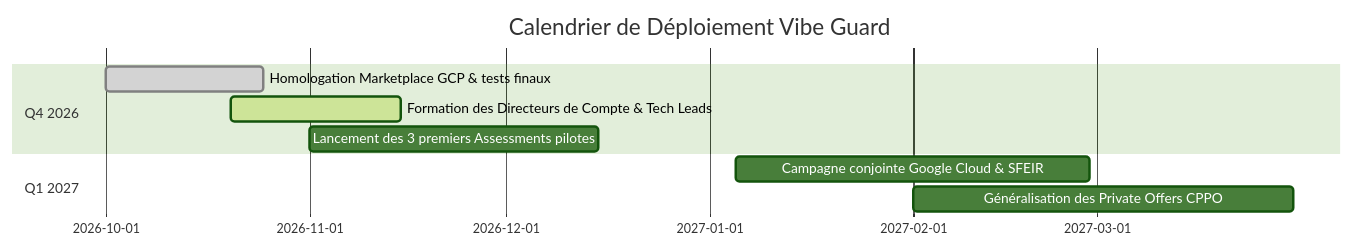
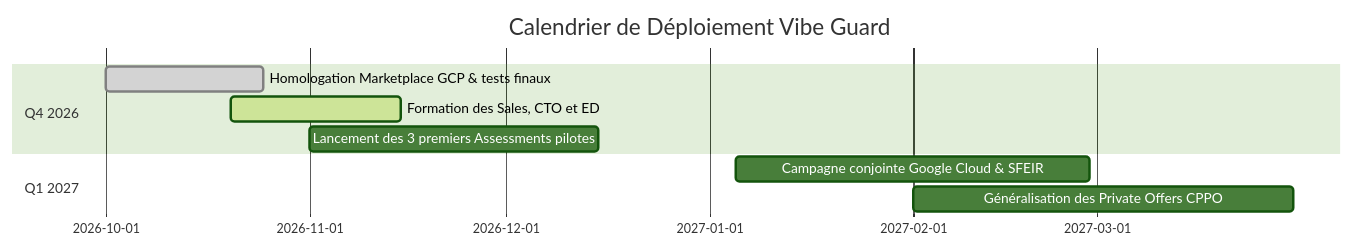
One commit to batou9150/agent-marketplace-rad-hackathon changed the third of 3 diagrams in docs/communication/note-comex-sfeir-vibe-guard.md. Above: the diagram before and after it, drawn with Mermaid (forest theme). The commit also changed other lines of this file and 2 other files, not shown here.

Commit message:
[DOC] Update SFEIR roles nomenclature to Sales, CTO and ED in communication materials

````diff
--- a/docs/communication/note-comex-sfeir-vibe-guard.md
+++ b/docs/communication/note-comex-sfeir-vibe-guard.md
@@ -114,12 +114,12 @@
 ```mermaid
 gantt
     title Calendrier de Déploiement Vibe Guard
     dateFormat  YYYY-MM-DD
     section Q4 2026
     Homologation Marketplace GCP & tests finaux       :done,    2026-10-01, 2026-10-25
-    Formation des Directeurs de Compte & Tech Leads   :active,  2026-10-20, 2026-11-15
+    Formation des Sales, CTO et ED                    :active,  2026-10-20, 2026-11-15
     Lancement des 3 premiers Assessments pilotes       :         2026-11-01, 2026-12-15
     section Q1 2027
     Campagne conjointe Google Cloud & SFEIR           :         2027-01-05, 2027-02-28
     Généralisation des Private Offers CPPO            :         2027-02-01, 2027-03-31
 ```
````
